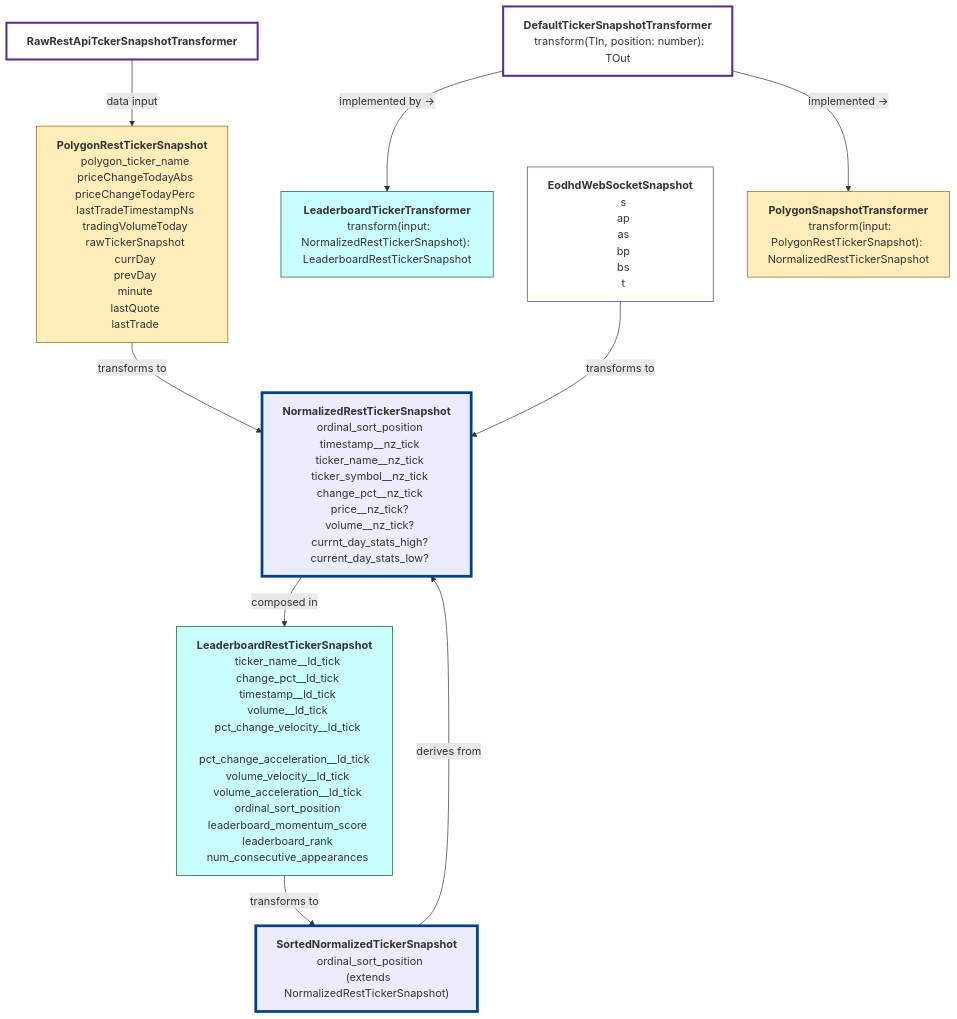
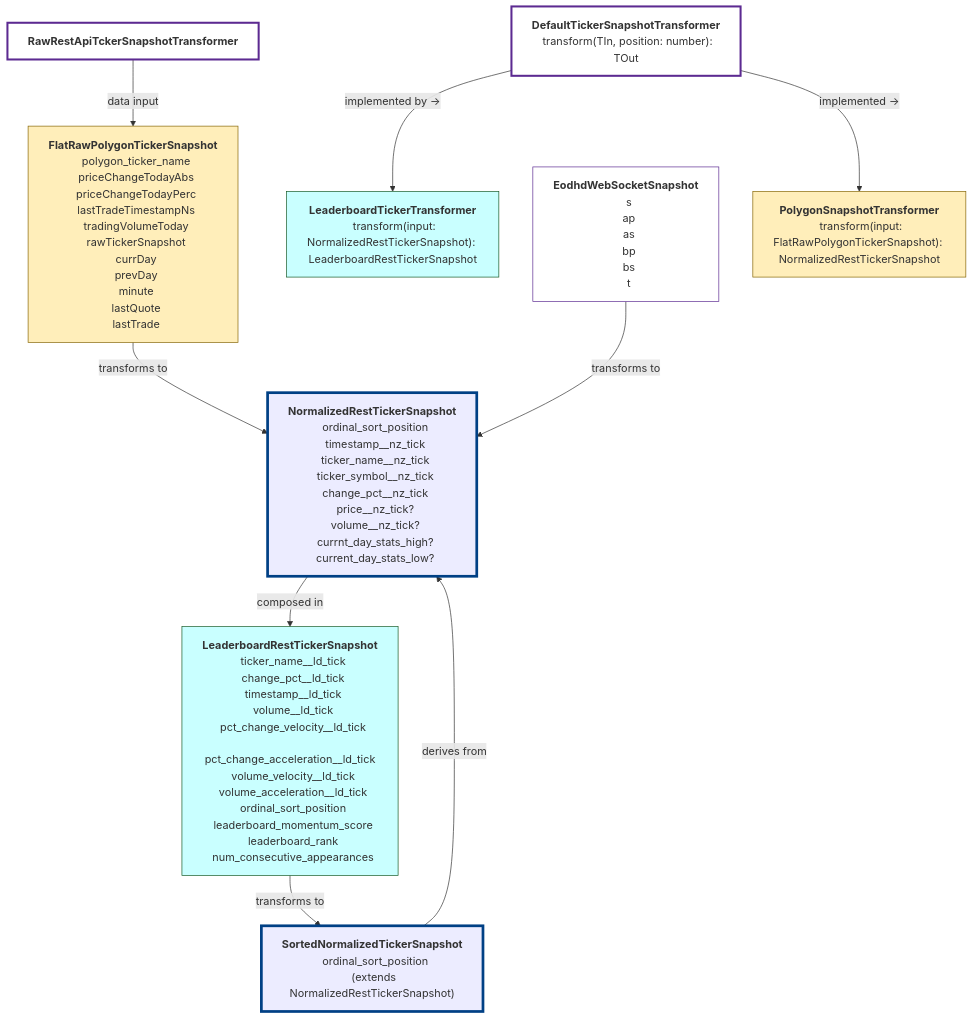
One commit to monolithgoon/momentum-trend-notification-bot changed the diagram in src/docs/diagrams/rest-ticker-model.graph.mmd. Above: the diagram before and after it, drawn with Mermaid. The commit also changed 65 other files, not shown here.

```diff
--- a/src/docs/diagrams/rest-ticker-model.graph.mmd
+++ b/src/docs/diagrams/rest-ticker-model.graph.mmd
@@ -1,83 +1,83 @@
 %%{ init: { "theme": "default" } }%%
 graph TD
 
   %% 📘 Normalized domain
   NormalizedRestTickerSnapshot["<b>NormalizedRestTickerSnapshot</b>
   ordinal_sort_position
   timestamp__nz_tick
   ticker_name__nz_tick
   ticker_symbol__nz_tick
   change_pct__nz_tick
   price__nz_tick?
   volume__nz_tick?
   currnt_day_stats_high?
   current_day_stats_low?"]:::normalized
 
 SortedNormalizedTickerSnapshot["<b>SortedNormalizedTickerSnapshot</b>
   ordinal_sort_position
   (extends NormalizedRestTickerSnapshot)"]:::normalized
 
   EodhdWebSocketSnapshot["<b>EodhdWebSocketSnapshot</b>
   s
   ap
   as
   bp
   bs
   t"]:::eodhd
 
   %% 📗 Leaderboard domain
   LeaderboardRestTickerSnapshot["<b>LeaderboardRestTickerSnapshot</b>
   ticker_name__ld_tick
   change_pct__ld_tick
   timestamp__ld_tick
   volume__ld_tick
   pct_change_velocity__ld_tick
   pct_change_acceleration__ld_tick
   volume_velocity__ld_tick
   volume_acceleration__ld_tick
   ordinal_sort_position
   leaderboard_momentum_score
   leaderboard_rank
   num_consecutive_appearances"]:::leaderboard
 
   LeaderboardTickerTransformer["<b>LeaderboardTickerTransformer</b>
   transform(input: NormalizedRestTickerSnapshot): LeaderboardRestTickerSnapshot"]:::leaderboard
 
   %% 🟠 Polygon domain
-  PolygonRestTickerSnapshot["<b>PolygonRestTickerSnapshot</b>
+  FlatRawPolygonTickerSnapshot["<b>FlatRawPolygonTickerSnapshot</b>
   polygon_ticker_name
   priceChangeTodayAbs
   priceChangeTodayPerc
   lastTradeTimestampNs
   tradingVolumeToday
   rawTickerSnapshot
   currDay
   prevDay
   minute
   lastQuote
   lastTrade"]:::polygon
 
   PolygonSnapshotTransformer["<b>PolygonSnapshotTransformer</b>
-  transform(input: PolygonRestTickerSnapshot): NormalizedRestTickerSnapshot"]:::polygon
+  transform(input: FlatRawPolygonTickerSnapshot): NormalizedRestTickerSnapshot"]:::polygon
 
   %% 🟣 Raw / Transformer
   RawRestApiTckerSnapshotTransformer["<b>RawRestApiTckerSnapshotTransformer</b>"]:::raw
   DefaultTickerSnapshotTransformer["<b>DefaultTickerSnapshotTransformer</b>
   transform(TIn, position: number): TOut"]:::raw
 
   %% 🔀 Updated Relationship Annotations
-  PolygonRestTickerSnapshot -- "transforms to" --> NormalizedRestTickerSnapshot
+  FlatRawPolygonTickerSnapshot -- "transforms to" --> NormalizedRestTickerSnapshot
   EodhdWebSocketSnapshot -- "transforms to" --> NormalizedRestTickerSnapshot
   SortedNormalizedTickerSnapshot -- "derives from" --> NormalizedRestTickerSnapshot
   NormalizedRestTickerSnapshot -- "composed in" --> LeaderboardRestTickerSnapshot
   LeaderboardRestTickerSnapshot -- "transforms to" --> SortedNormalizedTickerSnapshot
   DefaultTickerSnapshotTransformer -- "implemented →" --> PolygonSnapshotTransformer
   DefaultTickerSnapshotTransformer -- "implemented by →" --> LeaderboardTickerTransformer
-  RawRestApiTckerSnapshotTransformer -- "data input" --> PolygonRestTickerSnapshot
+  RawRestApiTckerSnapshotTransformer -- "data input" --> FlatRawPolygonTickerSnapshot
 
   %% Styles
   classDef normalized fill:light-grey,stroke:#004085,stroke-width:4
   classDef leaderboard fill:#c9ffff,stroke:#155724;
   classDef polygon fill:#ffeeba,stroke:#856404;
   classDef raw fill:#fff,stroke:#5c2a91, stroke-width:3;
   classDef eodhd fill:#fff,stroke:#5c2a91;
```
